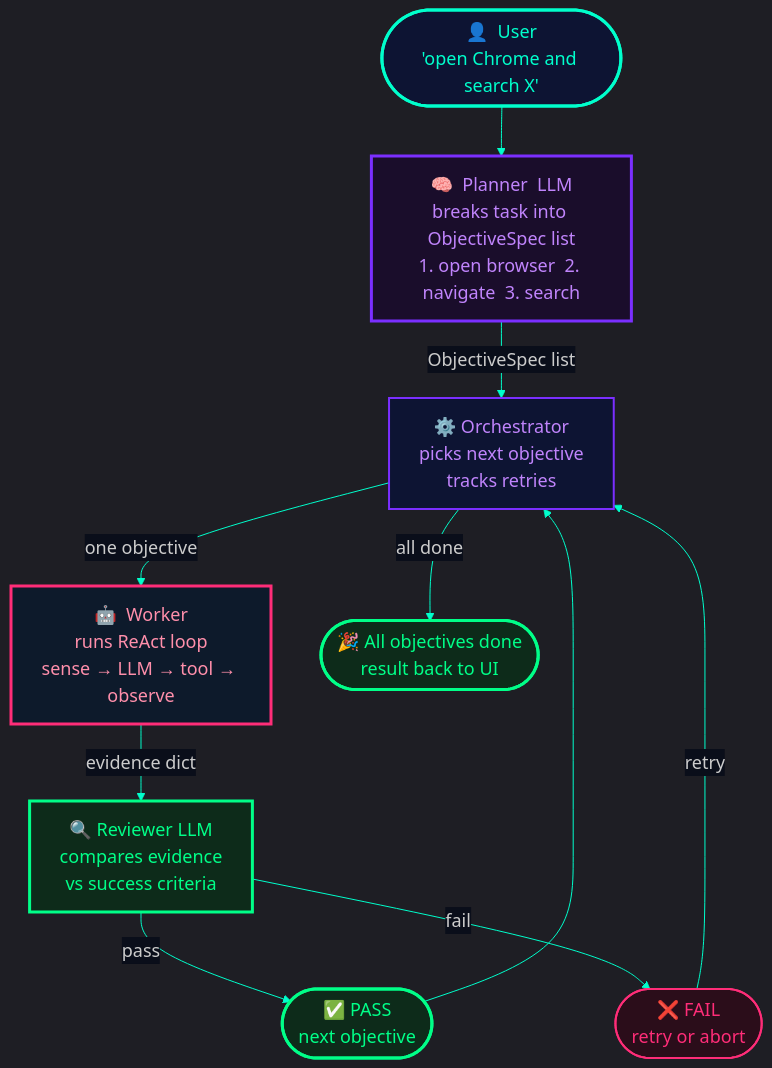
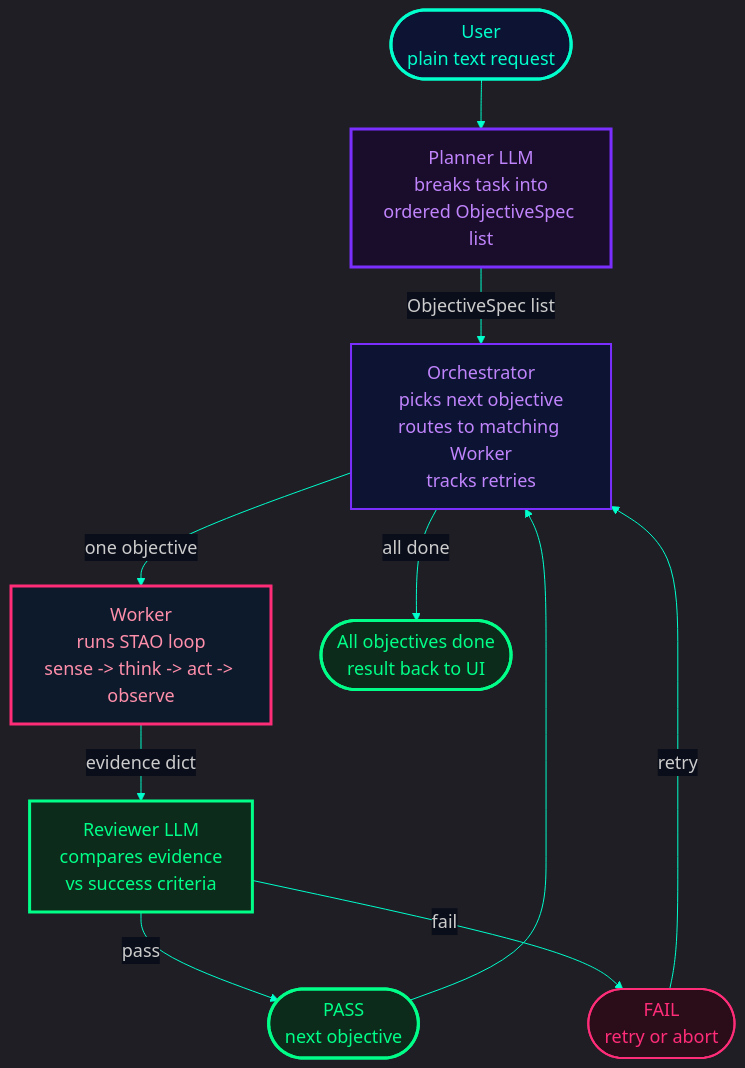
One commit to DurdeuVlad/trinity-pilot changed the diagram in docs/diagrams/02-handoff.mmd. Above: the diagram before and after it, drawn with Mermaid. The commit also changed 37 other files, not shown here.

```diff
--- a/docs/diagrams/02-handoff.mmd
+++ b/docs/diagrams/02-handoff.mmd
@@ -1,33 +1,34 @@
 %%{init: {'theme': 'dark', 'themeVariables': {'background': '#0a0e1a', 'primaryColor': '#0d1433', 'primaryBorderColor': '#00ffcc', 'primaryTextColor': '#e2e8f0', 'lineColor': '#00ffcc', 'edgeLabelBackground': '#0a0e1a', 'fontSize': '18px'}}}%%
 flowchart TD
-    classDef user   fill:#0d1433,stroke:#00ffcc,stroke-width:3px,color:#00ffcc
-    classDef plan   fill:#1a0d2b,stroke:#7b2fff,stroke-width:3px,color:#c084fc
-    classDef orch   fill:#0d1433,stroke:#7b2fff,stroke-width:2px,color:#c084fc
-    classDef worker fill:#0d1a2b,stroke:#ff2d78,stroke-width:3px,color:#ff8fab
-    classDef review fill:#0d2b1a,stroke:#00ff88,stroke-width:3px,color:#00ff88
-    classDef ok     fill:#0d2b1a,stroke:#00ff88,stroke-width:3px,color:#00ff88
-    classDef fail   fill:#2b0d1a,stroke:#ff2d78,stroke-width:2px,color:#ff2d78
+ accTitle: Task Pipeline  Planner / Orchestrator / Worker / Reviewer
+ classDef user fill:#0d1433,stroke:#00ffcc,stroke-width:3px,color:#00ffcc
+ classDef plan fill:#1a0d2b,stroke:#7b2fff,stroke-width:3px,color:#c084fc
+ classDef orch fill:#0d1433,stroke:#7b2fff,stroke-width:2px,color:#c084fc
+ classDef worker fill:#0d1a2b,stroke:#ff2d78,stroke-width:3px,color:#ff8fab
+ classDef review fill:#0d2b1a,stroke:#00ff88,stroke-width:3px,color:#00ff88
+ classDef ok fill:#0d2b1a,stroke:#00ff88,stroke-width:3px,color:#00ff88
+ classDef fail fill:#2b0d1a,stroke:#ff2d78,stroke-width:2px,color:#ff2d78
 
-    U(["👤  User\n'open Chrome and search X'"]):::user
+ U(["User<br/>plain text request"]):::user
 
-    P["🧠  Planner  LLM\nbreaks task into ObjectiveSpec list\n1. open browser  2. navigate  3. search"]:::plan
+ P["Planner LLM<br/>breaks task into<br/>ordered ObjectiveSpec list"]:::plan
 
-    O["⚙️  Orchestrator\npicks next objective\ntracks retries"]:::orch
+ O["Orchestrator<br/>picks next objective<br/>routes to matching Worker<br/>tracks retries"]:::orch
 
-    W["🤖  Worker\nruns ReAct loop\nsense → LLM → tool → observe"]:::worker
+ W["Worker<br/>runs STAO loop<br/>sense -> think -> act -> observe"]:::worker
 
-    R["🔍  Reviewer  LLM\ncompares evidence\nvs success criteria"]:::review
+ R["Reviewer LLM<br/>compares evidence<br/>vs success criteria"]:::review
 
-    PASS(["✅  PASS\nnext objective"]):::ok
-    FAIL(["❌  FAIL\nretry or abort"]):::fail
-    END(["🎉  All objectives done\nresult back to UI"]):::ok
+ PASS(["PASS<br/>next objective"]):::ok
+ FAIL(["FAIL<br/>retry or abort"]):::fail
+ END(["All objectives done<br/>result back to UI"]):::ok
 
-    U --> P
-    P -->|ObjectiveSpec list| O
-    O -->|one objective| W
-    W -->|evidence dict| R
-    R -->|pass| PASS
-    R -->|fail| FAIL
-    PASS --> O
-    FAIL -->|retry| O
-    O -->|all done| END
+ U --> P
+ P -->|ObjectiveSpec list| O
+ O -->|one objective| W
+ W -->|evidence dict| R
+ R -->|pass| PASS
+ R -->|fail| FAIL
+ PASS --> O
+ FAIL -->|retry| O
+ O -->|all done| END
```
